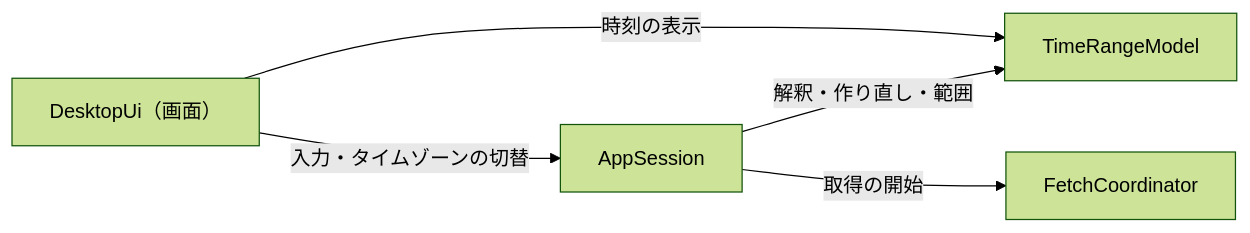
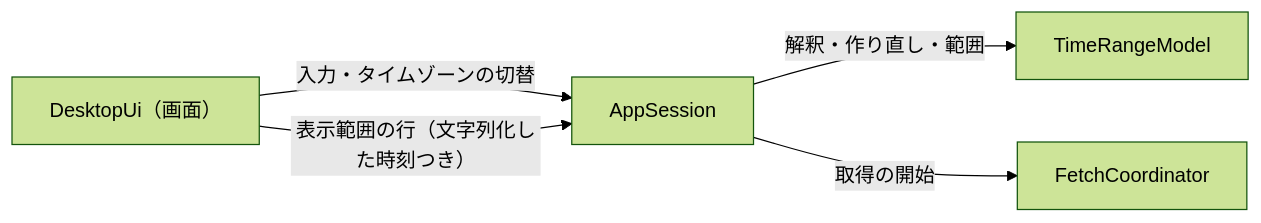
One commit to kdnakt/local-sights changed the first of 4 diagrams in aidlc/spaces/default/intents/261002-cwlogs-viewer/construction/u4-time-range/functional-design/functional-spec.md. Above: the diagram before and after it, drawn with Mermaid (forest theme). The commit also changed other lines of this file and 4 other files, not shown here.

````diff
--- a/aidlc/spaces/default/intents/261002-cwlogs-viewer/construction/u4-time-range/functional-design/functional-spec.md
+++ b/aidlc/spaces/default/intents/261002-cwlogs-viewer/construction/u4-time-range/functional-design/functional-spec.md
@@ -11,7 +11,7 @@
 ```mermaid
 graph LR
   UI["DesktopUi（画面）"] -->|入力・タイムゾーンの切替| AS["AppSession"]
   AS -->|解釈・作り直し・範囲| TR["TimeRangeModel"]
-  UI -->|時刻の表示| TR
+  UI -->|表示範囲の行（文字列化した時刻つき）| AS
   AS -->|取得の開始| FC["FetchCoordinator"]
 ```
````
